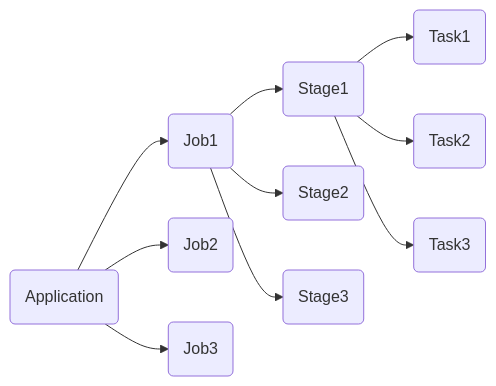
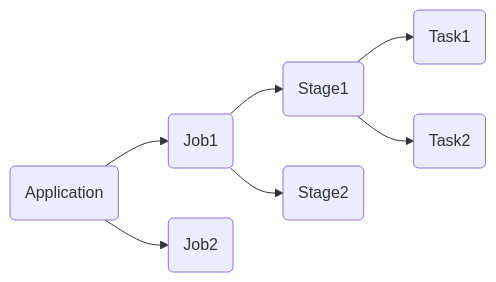
One commit to Daytime-Don-t-Know-Dark-Night/code-segment changed the diagram in doc/job log/Spark中Job-Stage-Task之间关系.md. Above: the diagram before and after it, drawn with Mermaid.

Commit message:
Spark中Job-Stage-Task之间的关系

````diff
--- a/doc/job log/Spark中Job-Stage-Task之间关系.md
+++ b/doc/job log/Spark中Job-Stage-Task之间关系.md
@@ -3,16 +3,13 @@
 ```mermaid
 graph LR
 
 A(Application) --> J1(Job1)
 A(Application) --> J2(Job2)
-A(Application) --> J3(Job3)
 
 J1 --> S1(Stage1)
 J1 --> S2(Stage2)
-J1 --> S3(Stage3)
 
 S1 --> T1(Task1)
 S1 --> T2(Task2)
-S1 --> T3(Task3)
 
 ```
````
